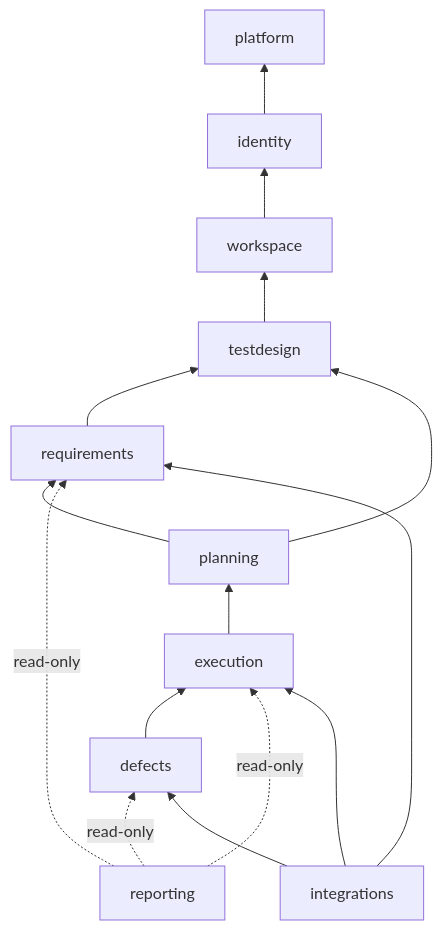
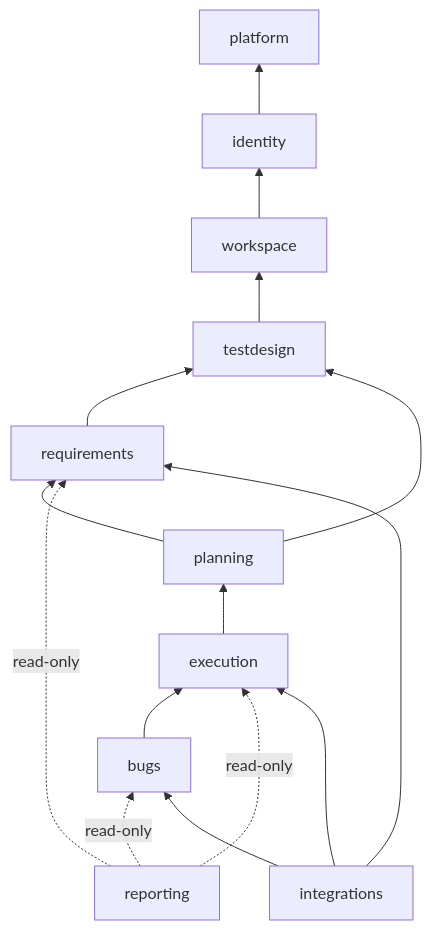
One commit to hamzababid/tcms changed the third of 7 diagrams in docs/03-HLD.md. Above: the diagram before and after it, drawn with Mermaid. The commit also changed other lines of this file and 16 other files, not shown here.

````diff
--- a/docs/03-HLD.md
+++ b/docs/03-HLD.md
@@ -131,18 +132,18 @@
 ```mermaid
 flowchart BT
   platform
   identity --> platform
   workspace --> identity
   testdesign --> workspace
   requirements --> testdesign
   planning --> testdesign
   planning --> requirements
   execution --> planning
-  defects --> execution
+  bugs --> execution
   reporting -.read-only.-> execution
-  reporting -.read-only.-> defects
+  reporting -.read-only.-> bugs
   reporting -.read-only.-> requirements
-  integrations --> defects
+  integrations --> bugs
   integrations --> requirements
   integrations --> execution
 ```
````
